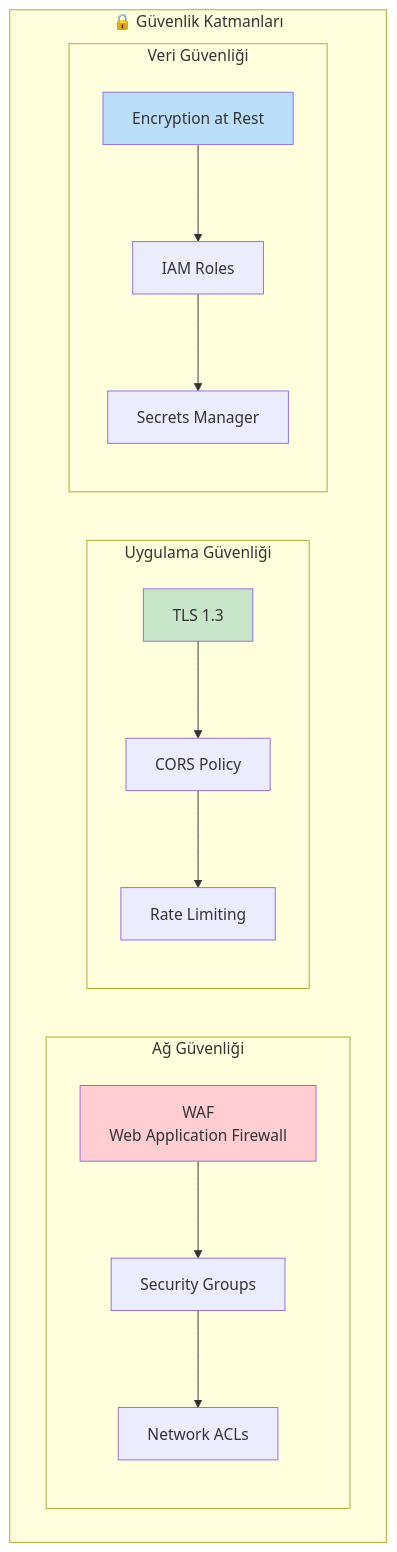
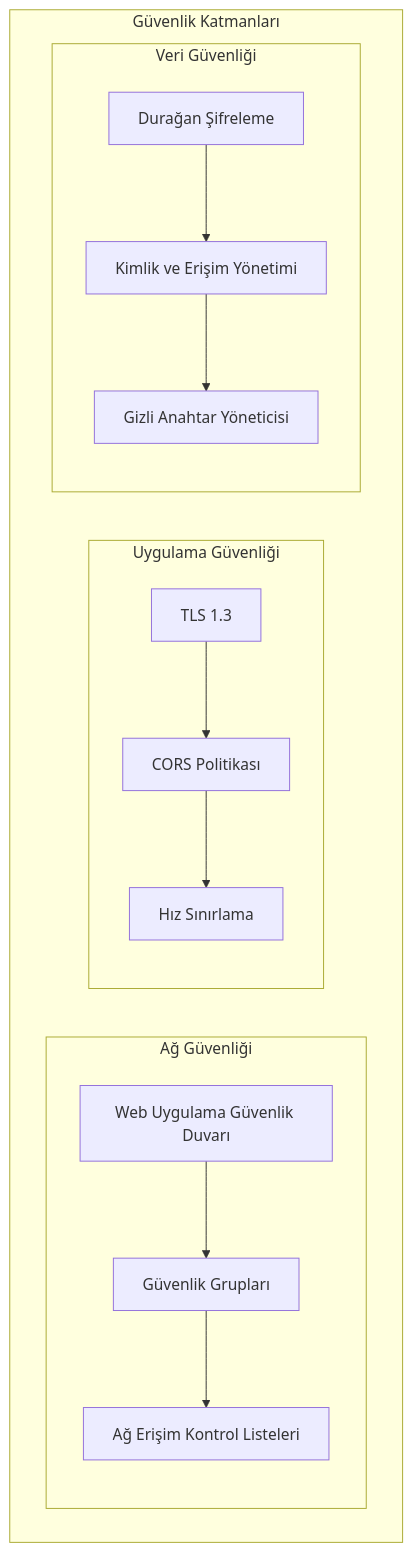
The eighth of 9 diagrams in docs/diagrams/05_deployment_diagram.md (mUsaulug/CardioGuard-AI), drawn with Mermaid before and after one commit. The commit also changed other lines of this file and 5 other files, not shown here.

````diff
--- a/docs/diagrams/05_deployment_diagram.md
+++ b/docs/diagrams/05_deployment_diagram.md
@@ -535,30 +469,26 @@
 ```mermaid
 graph TB
-    subgraph Security["🔒 Güvenlik Katmanları"]
-        subgraph Network["Ağ Güvenliği"]
-            WAF["WAF<br/>Web Application Firewall"]
-            SG["Security Groups"]
-            NACL["Network ACLs"]
+    subgraph Guvenlik["Güvenlik Katmanları"]
+        subgraph Ag["Ağ Güvenliği"]
+            WAF["Web Uygulama Güvenlik Duvarı"]
+            SG["Güvenlik Grupları"]
+            NACL["Ağ Erişim Kontrol Listeleri"]
         end
         
-        subgraph Application["Uygulama Güvenliği"]
+        subgraph Uygulama["Uygulama Güvenliği"]
             TLS["TLS 1.3"]
-            CORS["CORS Policy"]
-            RATE["Rate Limiting"]
+            CORS["CORS Politikası"]
+            RATE["Hız Sınırlama"]
         end
         
-        subgraph Data["Veri Güvenliği"]
-            ENCRYPT["Encryption at Rest"]
-            IAM["IAM Roles"]
-            SECRETS["Secrets Manager"]
+        subgraph Veri["Veri Güvenliği"]
+            ENCRYPT["Durağan Şifreleme"]
+            IAM["Kimlik ve Erişim Yönetimi"]
+            SECRETS["Gizli Anahtar Yöneticisi"]
         end
     end
     
     WAF --> SG --> NACL
     TLS --> CORS --> RATE
     ENCRYPT --> IAM --> SECRETS
-    
-    style WAF fill:#ffcdd2
-    style TLS fill:#c8e6c9
-    style ENCRYPT fill:#bbdefb
 ```
````
